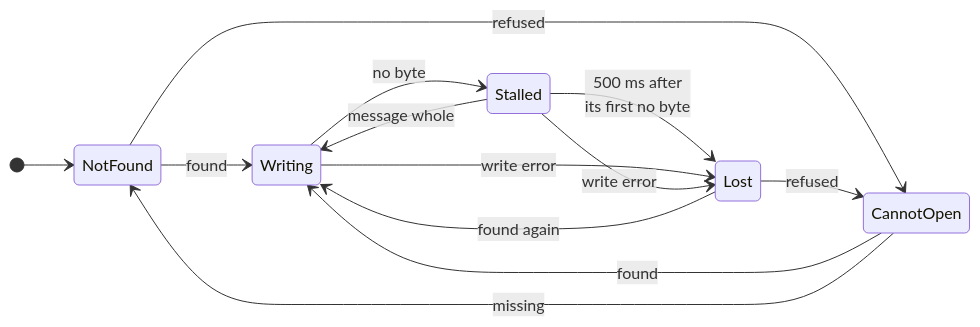
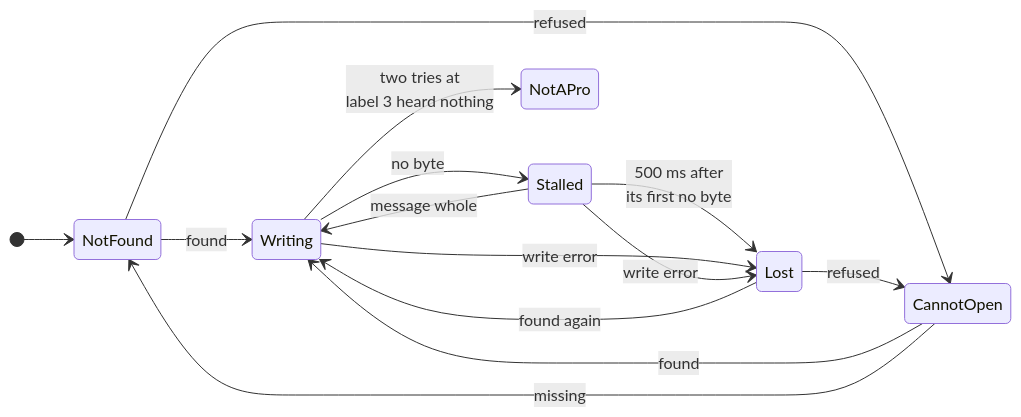
The second of 5 diagrams in docs/design/outputs.md (abossard/bossylights), drawn with Mermaid before and after one commit. The commit also changed other lines of this file and 11 other files, not shown here.

````diff
--- a/docs/design/outputs.md
+++ b/docs/design/outputs.md
@@ -30,16 +30,17 @@
 ```mermaid
 stateDiagram-v2
   direction LR
   [*] --> NotFound
   NotFound --> Writing: found
   NotFound --> CannotOpen: refused
   CannotOpen --> Writing: found
   CannotOpen --> NotFound: missing
   Writing --> Stalled: no byte
   Stalled --> Writing: message whole
   Stalled --> Lost: 500 ms after<br/>its first no byte
   Writing --> Lost: write error
   Stalled --> Lost: write error
   Lost --> Writing: found again
   Lost --> CannotOpen: refused
+  Writing --> NotAPro: two tries at<br/>label 3 heard nothing
 ```
````
